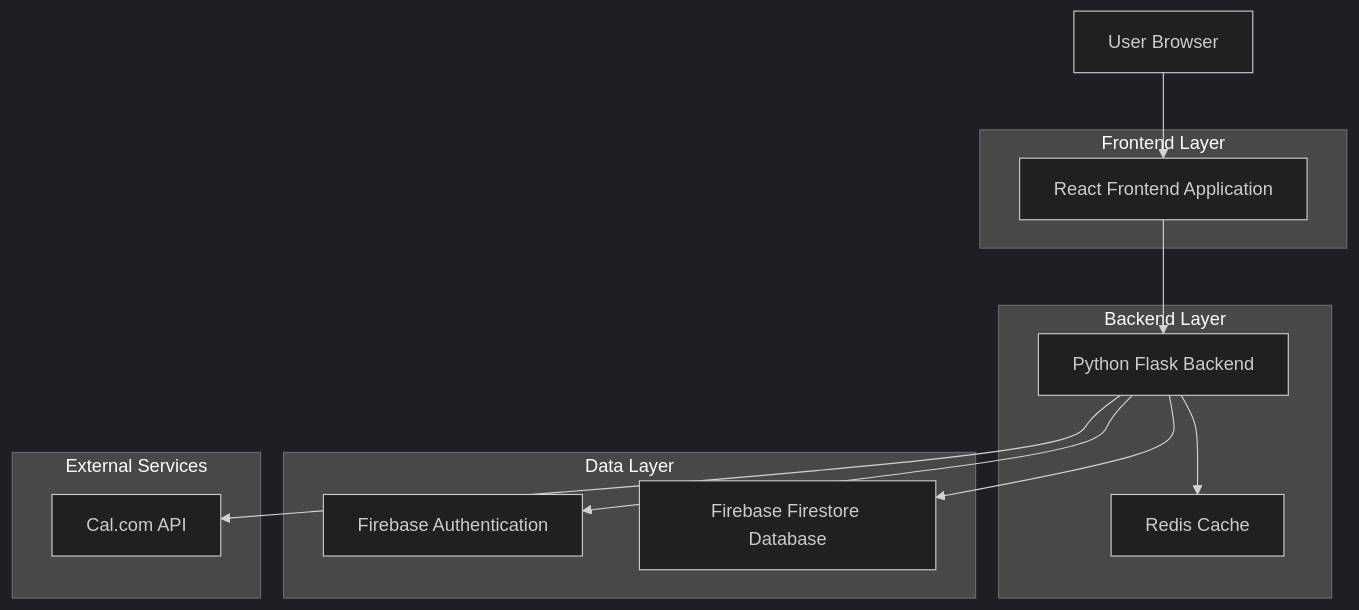
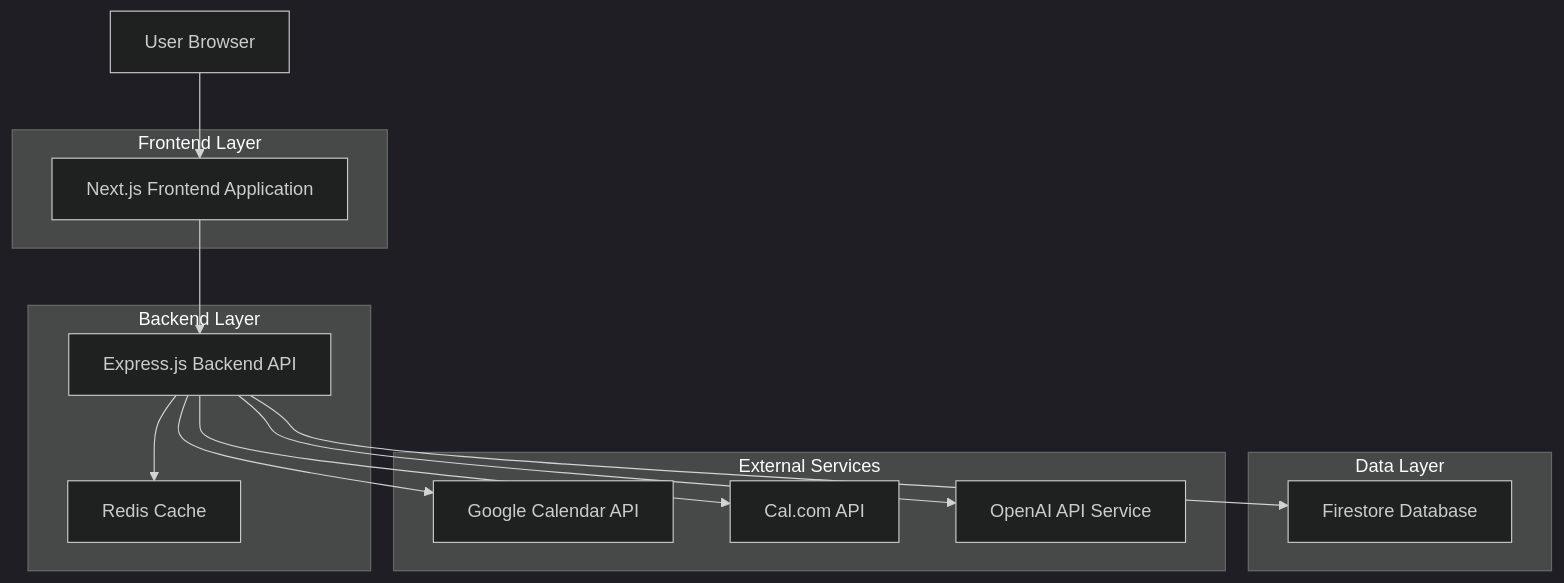
The first of 3 diagrams in .trae/documents/calendar_connection_app_technical_architecture.md (b0mung51/SF-AI-Vibe-Coding-Hackathon), drawn with Mermaid (dark theme) before and after one commit. The commit also changed other lines of this file and 39 other files, not shown here.

````diff
--- a/.trae/documents/calendar_connection_app_technical_architecture.md
+++ b/.trae/documents/calendar_connection_app_technical_architecture.md
@@ -5,27 +5,29 @@
 ```mermaid
 graph TD
-  A[User Browser] --> B[React Frontend Application]
-  B --> C[Python Flask Backend]
-  C --> D[Firebase Authentication]
-  C --> E[Firebase Firestore Database]
-  C --> F[Cal.com API]
-  C --> G[Redis Cache]
+    A[User Browser] --> B[Next.js Frontend Application]
+    B --> C[Express.js Backend API]
+    C --> D[Firestore Database]
+    C --> E[Redis Cache]
+    C --> F[Google Calendar API]
+    C --> G[Cal.com API]
+    C --> H[OpenAI API Service]
 
-  subgraph "Frontend Layer"
-      B
-  end
+    subgraph "Frontend Layer"
+        B
+    end
 
-  subgraph "Backend Layer"
-      C
-      G
-  end
+    subgraph "Backend Layer"
+        C
+        E
+    end
 
-  subgraph "Data Layer"
-      D
-      E
-  end
+    subgraph "Data Layer"
+        D
+    end
 
-  subgraph "External Services"
-      F
-  end
+    subgraph "External Services"
+        F
+        G
+        H
+    end
 ```
````
